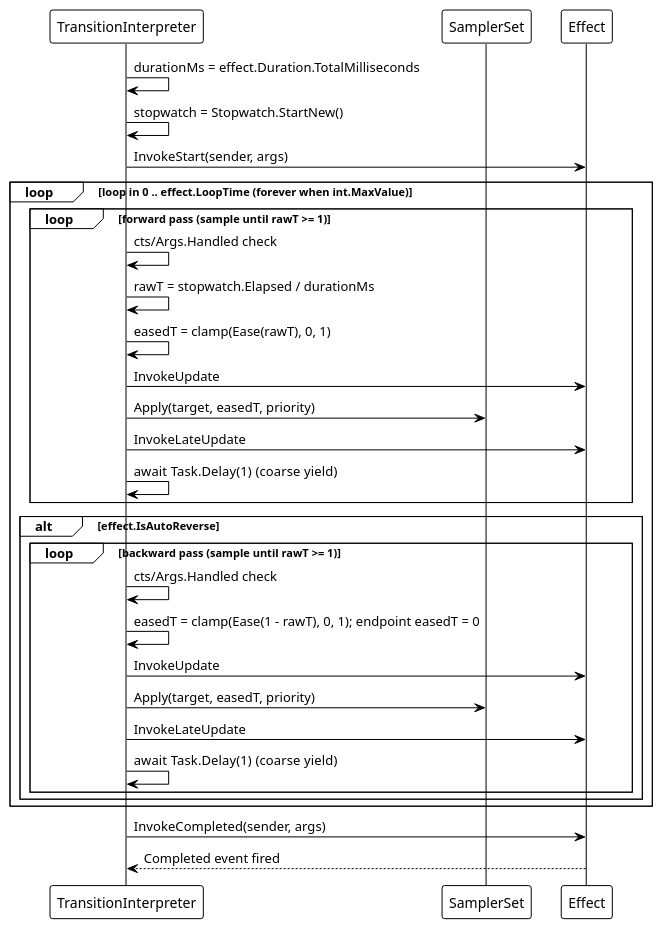
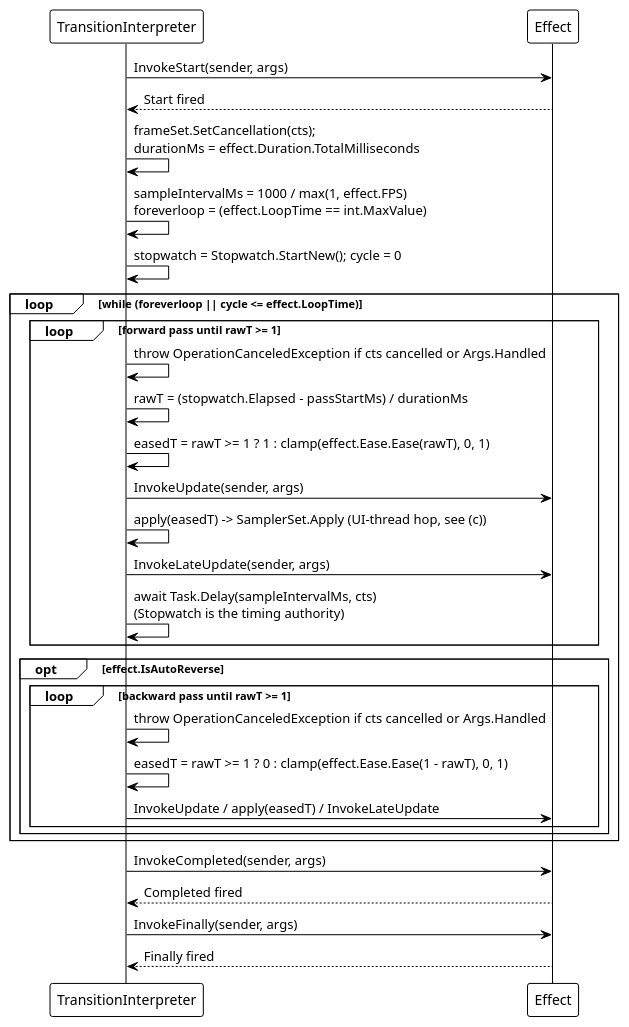
Before and after one commit to Axvser/VeloxDev.Docs: the second of 4 diagrams in src/CloudGlyph/Assets/Docs/content/en/3_SE_Analysis/03_data-flow/03_transition/index.md, drawn with PlantUML. The commit also changed other lines of this file and 443 other files, not shown here.

````diff
--- a/src/CloudGlyph/Assets/Docs/content/en/3_SE_Analysis/03_data-flow/03_transition/index.md
+++ b/src/CloudGlyph/Assets/Docs/content/en/3_SE_Analysis/03_data-flow/03_transition/index.md
@@ -100,38 +88,37 @@
 ```plantuml
 @startuml
 !theme plain
 
 participant "TransitionInterpreter" as TI
-participant "SamplerSet" as FUS
 participant "Effect" as EF
 
-TI -> TI: durationMs = effect.Duration.TotalMilliseconds
-TI -> TI: stopwatch = Stopwatch.StartNew()
 TI -> EF: InvokeStart(sender, args)
+EF --> TI: Start fired
+TI -> TI: frameSet.SetCancellation(cts);\ndurationMs = effect.Duration.TotalMilliseconds
+TI -> TI: sampleIntervalMs = 1000 / max(1, effect.FPS)\nforeverloop = (effect.LoopTime == int.MaxValue)
+TI -> TI: stopwatch = Stopwatch.StartNew(); cycle = 0
 
-loop loop in 0 .. effect.LoopTime (forever when int.MaxValue)
-    loop forward pass (sample until rawT >= 1)
-        TI -> TI: cts/Args.Handled check
-        TI -> TI: rawT = stopwatch.Elapsed / durationMs
-        TI -> TI: easedT = clamp(Ease(rawT), 0, 1)
-        TI -> EF: InvokeUpdate
-        TI -> FUS: Apply(target, easedT, priority)
-        TI -> EF: InvokeLateUpdate
-        TI -> TI: await Task.Delay(1)  (coarse yield)
+loop while (foreverloop || cycle <= effect.LoopTime)
+    loop forward pass until rawT >= 1
+        TI -> TI: throw OperationCanceledException if cts cancelled or Args.Handled
+        TI -> TI: rawT = (stopwatch.Elapsed - passStartMs) / durationMs
+        TI -> TI: easedT = rawT >= 1 ? 1 : clamp(effect.Ease.Ease(rawT), 0, 1)
+        TI -> EF: InvokeUpdate(sender, args)
+        TI -> TI: apply(easedT) -> SamplerSet.Apply (UI-thread hop, see (c))
+        TI -> EF: InvokeLateUpdate(sender, args)
+        TI -> TI: await Task.Delay(sampleIntervalMs, cts)\n(Stopwatch is the timing authority)
     end
-    alt effect.IsAutoReverse
-        loop backward pass (sample until rawT >= 1)
-            TI -> TI: cts/Args.Handled check
-            TI -> TI: easedT = clamp(Ease(1 - rawT), 0, 1); endpoint easedT = 0
-            TI -> EF: InvokeUpdate
-            TI -> FUS: Apply(target, easedT, priority)
-            TI -> EF: InvokeLateUpdate
-            TI -> TI: await Task.Delay(1)  (coarse yield)
+    opt effect.IsAutoReverse
+        loop backward pass until rawT >= 1
+            TI -> TI: throw OperationCanceledException if cts cancelled or Args.Handled
+            TI -> TI: easedT = rawT >= 1 ? 0 : clamp(effect.Ease.Ease(1 - rawT), 0, 1)
+            TI -> EF: InvokeUpdate / apply(easedT) / InvokeLateUpdate
         end
     end
 end
-
 TI -> EF: InvokeCompleted(sender, args)
-EF --> TI: Completed event fired
+EF --> TI: Completed fired
+TI -> EF: InvokeFinally(sender, args)
+EF --> TI: Finally fired
 @enduml
 ```
````
